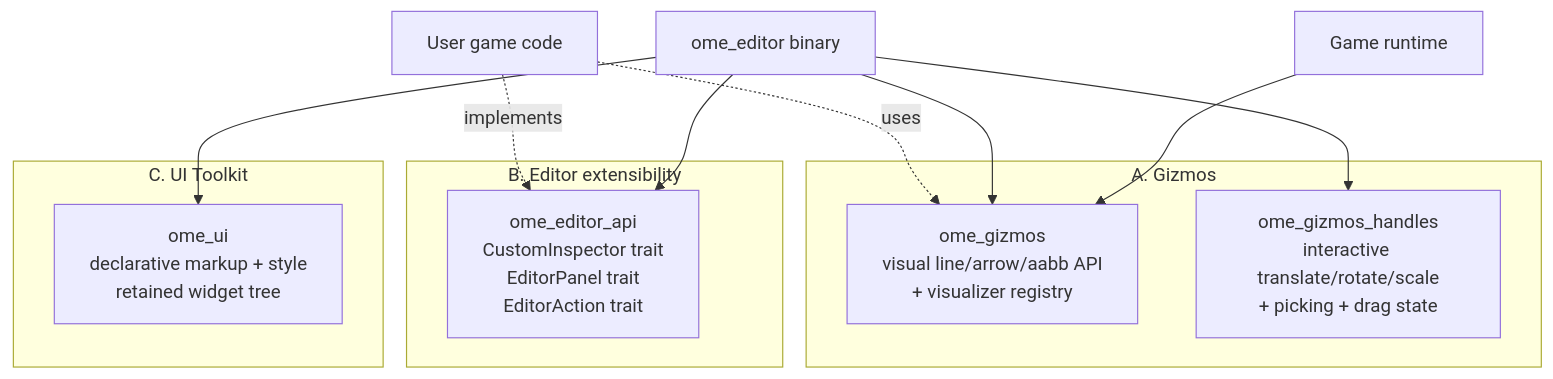
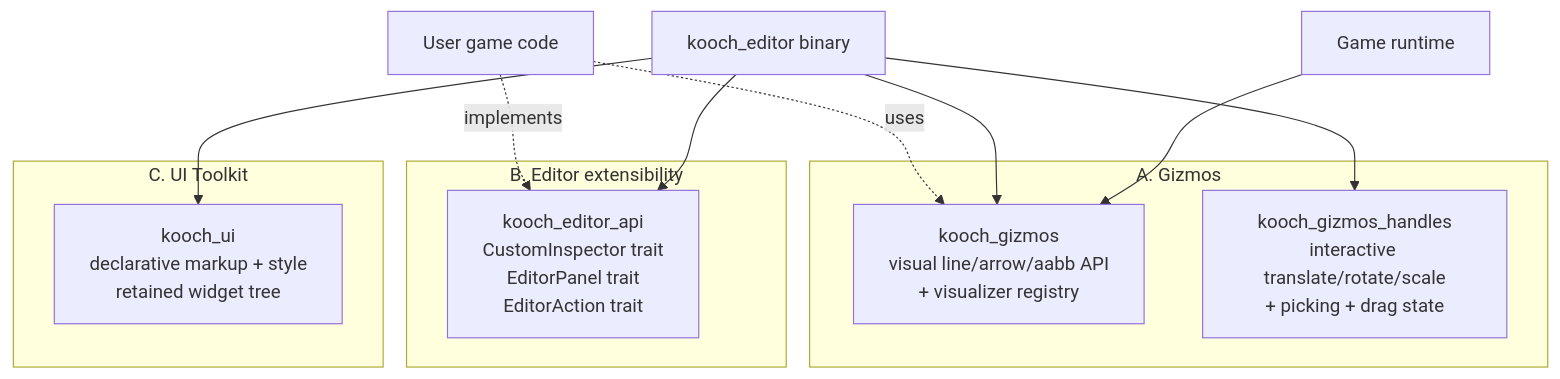
One commit to lobinuxsoft/kooch changed the diagram in docs/research/editor-three-system-architecture.md. Above: the diagram before and after it, drawn with Mermaid. The commit also changed other lines of this file and 1043 other files, not shown here.

````diff
--- a/docs/research/editor-three-system-architecture.md
+++ b/docs/research/editor-three-system-architecture.md
@@ -26,27 +26,27 @@
 ```mermaid
 flowchart TD
     USER[User game code]
-    EDITOR[ome_editor binary]
+    EDITOR[kooch_editor binary]
     RUNTIME[Game runtime]
 
     subgraph A["A. Gizmos"]
-        GVIS[ome_gizmos<br/>visual line/arrow/aabb API<br/>+ visualizer registry]
-        GHAN[ome_gizmos_handles<br/>interactive translate/rotate/scale<br/>+ picking + drag state]
+        GVIS[kooch_gizmos<br/>visual line/arrow/aabb API<br/>+ visualizer registry]
+        GHAN[kooch_gizmos_handles<br/>interactive translate/rotate/scale<br/>+ picking + drag state]
     end
 
     subgraph B["B. Editor extensibility"]
-        EDAPI[ome_editor_api<br/>CustomInspector trait<br/>EditorPanel trait<br/>EditorAction trait]
+        EDAPI[kooch_editor_api<br/>CustomInspector trait<br/>EditorPanel trait<br/>EditorAction trait]
     end
 
     subgraph C["C. UI Toolkit"]
-        UI[ome_ui<br/>declarative markup + style<br/>retained widget tree]
+        UI[kooch_ui<br/>declarative markup + style<br/>retained widget tree]
     end
 
     USER -.uses.-> GVIS
     USER -.implements.-> EDAPI
     EDITOR --> GVIS
     EDITOR --> GHAN
     EDITOR --> EDAPI
     EDITOR --> UI
     RUNTIME --> GVIS
 ```
````
